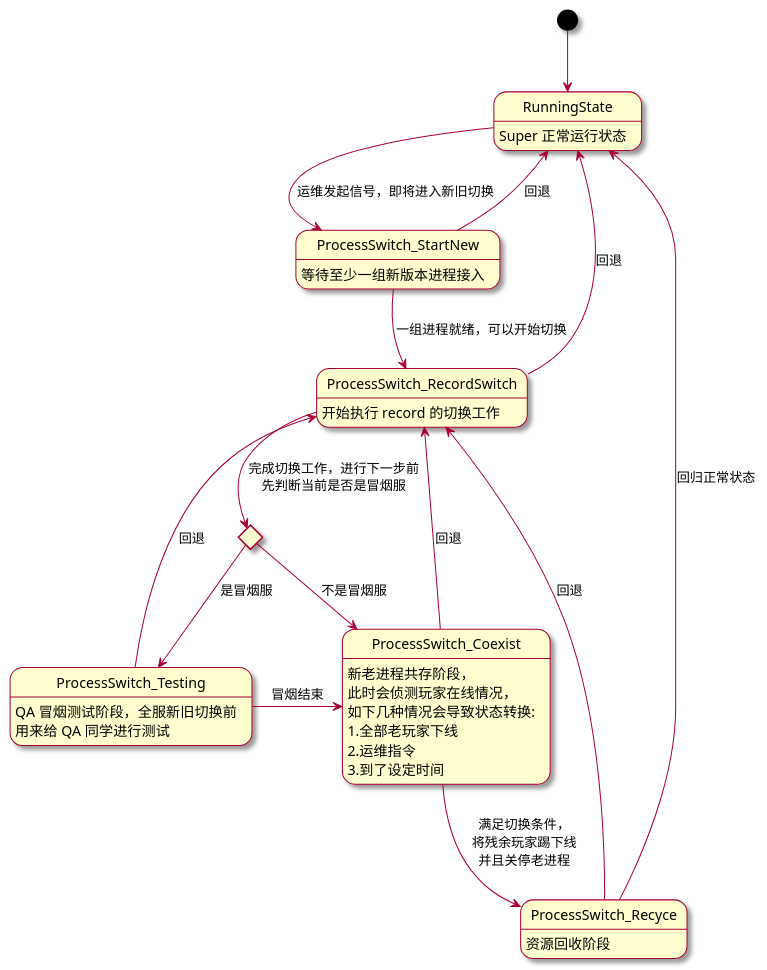
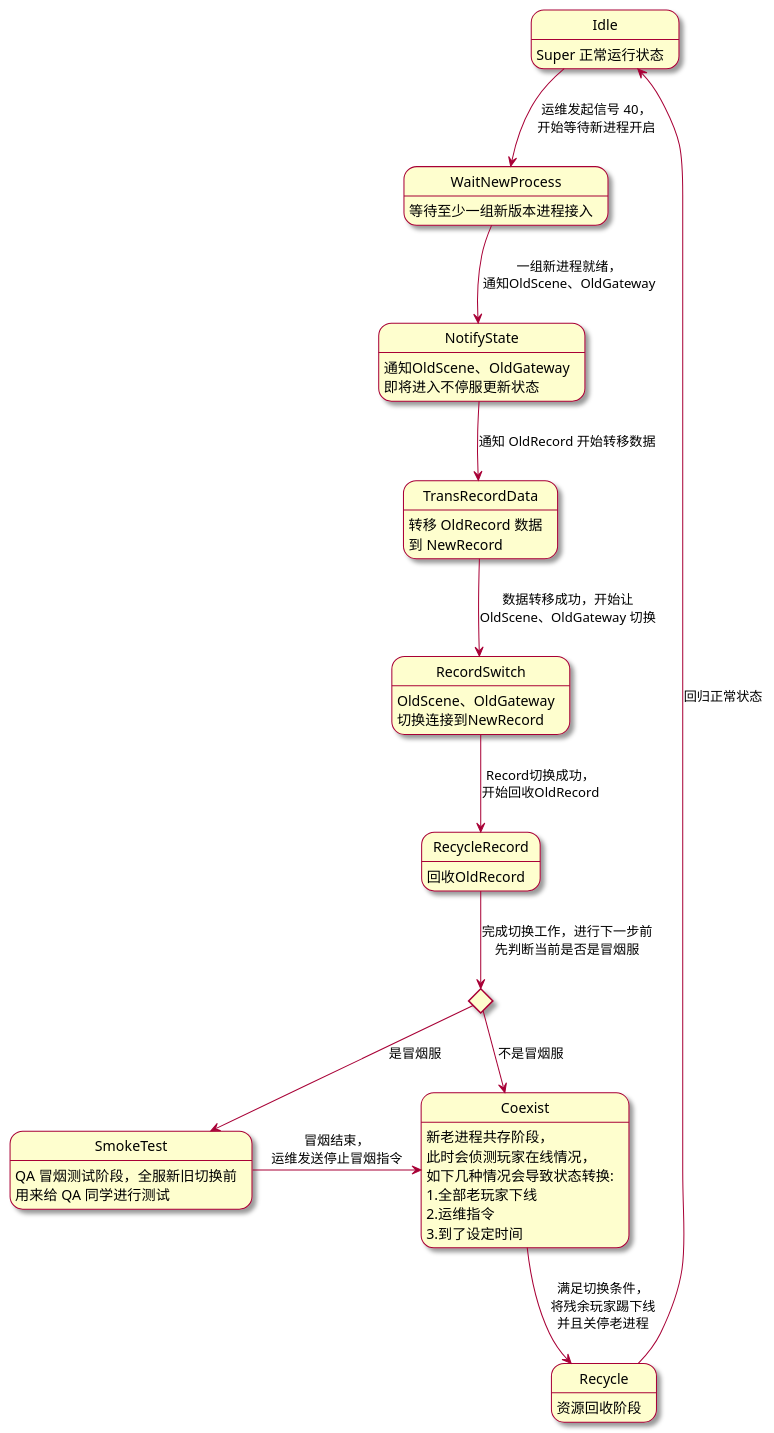
One commit to mingleeShade/MyPlantUML changed the diagram in src/hgame/不停服更新/super 状态图.puml. Above: the diagram before and after it, drawn with PlantUML. The commit also changed 3 other files, not shown here.

Commit message:
core analyzer 以及 super 状态图更新

```diff
--- a/src/hgame/不停服更新/super 状态图.puml
+++ b/src/hgame/不停服更新/super 状态图.puml
@@ -1,39 +1,42 @@
 @startuml
 ' 基础设置
 skin rose
 
 ' 状态定义
-state RunningState: Super 正常运行状态
-state ProcessSwitch_StartNew: 等待至少一组新版本进程接入
-state ProcessSwitch_RecordSwitch: 开始执行 record 的切换工作
+state Idle: Super 正常运行状态
+state WaitNewProcess: 等待至少一组新版本进程接入
+state NotifyState: 通知OldScene、OldGateway\n即将进入不停服更新状态
+state TransRecordData: 转移 OldRecord 数据\n到 NewRecord
+state RecordSwitch: OldScene、OldGateway\n切换连接到NewRecord
+state RecycleRecord: 回收OldRecord
 state choice <<choice>>
-state ProcessSwitch_Testing: QA 冒烟测试阶段，全服新旧切换前\n用来给 QA 同学进行测试
-state ProcessSwitch_Coexist: 新老进程共存阶段，\n此时会侦测玩家在线情况，\n如下几种情况会导致状态转换:\n1.全部老玩家下线\n2.运维指令\n3.到了设定时间
-state ProcessSwitch_Recyce: 资源回收阶段
+state SmokeTest: QA 冒烟测试阶段，全服新旧切换前\n用来给 QA 同学进行测试
+state Coexist: 新老进程共存阶段，\n此时会侦测玩家在线情况，\n如下几种情况会导致状态转换:\n1.全部老玩家下线\n2.运维指令\n3.到了设定时间
+state Recycle: 资源回收阶段
 
 
 ' 状态流转
-[*] --> RunningState
-RunningState-->ProcessSwitch_StartNew: 运维发起信号，即将进入新旧切换
-RunningState <-- ProcessSwitch_StartNew: 回退
+'[*] --> Idle
+Idle --> WaitNewProcess: 运维发起信号 40，\n开始等待新进程开启
 
-ProcessSwitch_StartNew-->ProcessSwitch_RecordSwitch: 一组进程就绪，可以开始切换
+WaitNewProcess-->NotifyState: 一组新进程就绪，\n通知OldScene、OldGateway
 
-RunningState <--ProcessSwitch_RecordSwitch: 回退
+NotifyState --> TransRecordData: 通知 OldRecord 开始转移数据
 
-ProcessSwitch_RecordSwitch --> choice: 完成切换工作，进行下一步前\n先判断当前是否是冒烟服
-choice --> ProcessSwitch_Testing: 是冒烟服
-ProcessSwitch_RecordSwitch <-- ProcessSwitch_Testing: 回退
+TransRecordData --> RecordSwitch: 数据转移成功，开始让\nOldScene、OldGateway 切换
+
+RecordSwitch --> RecycleRecord: Record切换成功，\n开始回收OldRecord
+
+RecycleRecord --> choice: 完成切换工作，进行下一步前\n先判断当前是否是冒烟服
+choice --> SmokeTest: 是冒烟服
 
 
-choice --> ProcessSwitch_Coexist: 不是冒烟服
-ProcessSwitch_RecordSwitch <-- ProcessSwitch_Coexist: 回退
+choice --> Coexist: 不是冒烟服
 
-ProcessSwitch_Testing -> ProcessSwitch_Coexist: 冒烟结束
+SmokeTest -> Coexist: 冒烟结束，\n运维发送停止冒烟指令
 
-ProcessSwitch_Coexist --> ProcessSwitch_Recyce: 满足切换条件，\n将残余玩家踢下线\n并且关停老进程
+Coexist --> Recycle: 满足切换条件，\n将残余玩家踢下线\n并且关停老进程
 
-ProcessSwitch_Recyce -up-> RunningState: 回归正常状态
-ProcessSwitch_Recyce --> ProcessSwitch_RecordSwitch: 回退
+Recycle -up-> Idle: 回归正常状态
 
 @enduml
```
